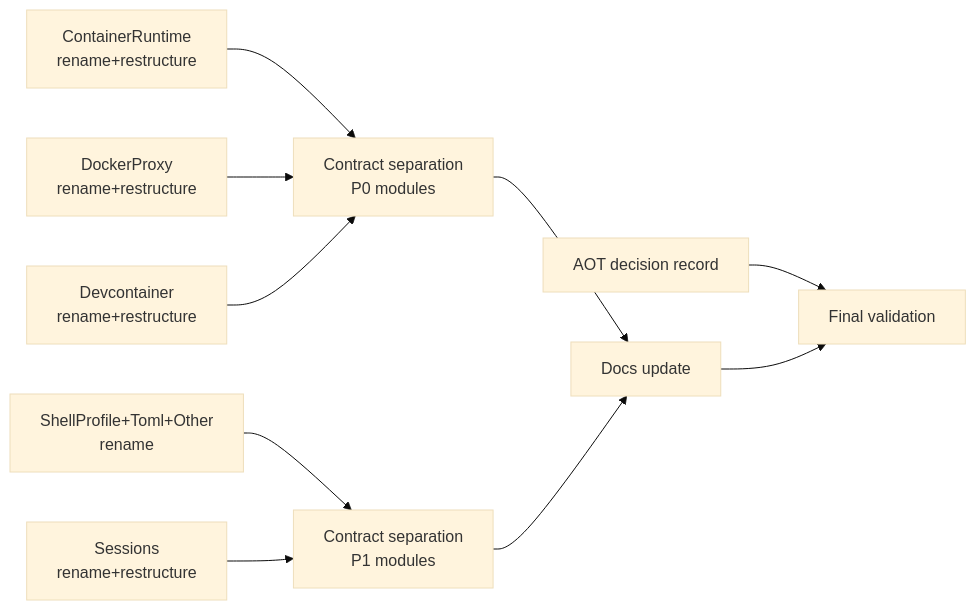
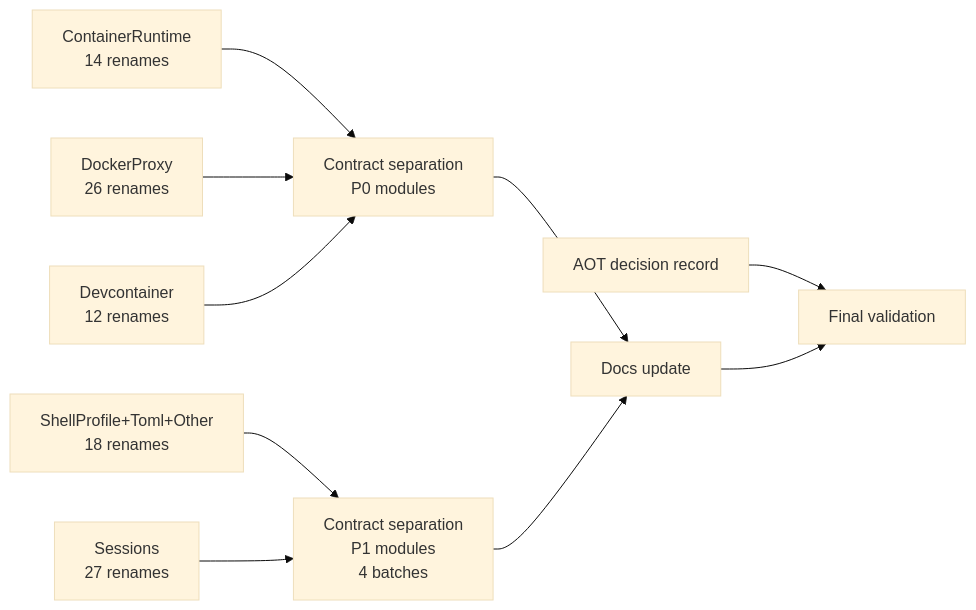
One commit to novotnyllc/ContainAI changed the diagram in .flow/specs/fn-53-architecture-refactor-completion-naming.md. Above: the diagram before and after it, drawn with Mermaid (base theme). The commit also changed other lines of this file and 46 other files, not shown here.

Commit message:
refactor: rename 26 dotted-basename files in DockerProxy to folder-based organization

````diff
--- a/.flow/specs/fn-53-architecture-refactor-completion-naming.md
+++ b/.flow/specs/fn-53-architecture-refactor-completion-naming.md
@@ -53,12 +89,12 @@
 ```mermaid
 graph LR
-    T1[ContainerRuntime<br/>rename+restructure] --> T6[Contract separation<br/>P0 modules]
-    T2[DockerProxy<br/>rename+restructure] --> T6
-    T3[ShellProfile+Toml+Other<br/>rename] --> T7[Contract separation<br/>P1 modules]
-    T4[Sessions<br/>rename+restructure] --> T7
-    T5[Devcontainer<br/>rename+restructure] --> T6
+    T1[ContainerRuntime<br/>14 renames] --> T6[Contract separation<br/>P0 modules]
+    T2[DockerProxy<br/>26 renames] --> T6
+    T3[ShellProfile+Toml+Other<br/>18 renames] --> T7[Contract separation<br/>P1 modules<br/>4 batches]
+    T4[Sessions<br/>27 renames] --> T7
+    T5[Devcontainer<br/>12 renames] --> T6
     T6 --> T9[Docs update]
     T7 --> T9
     T8[AOT decision record] --> T10[Final validation]
     T9 --> T10
 ```
````
